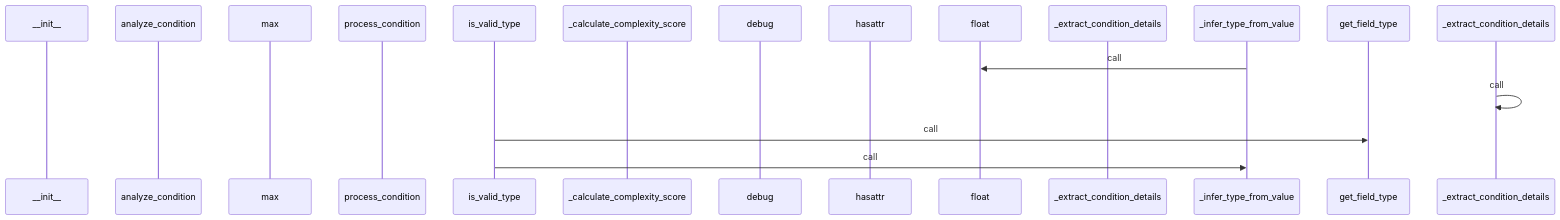
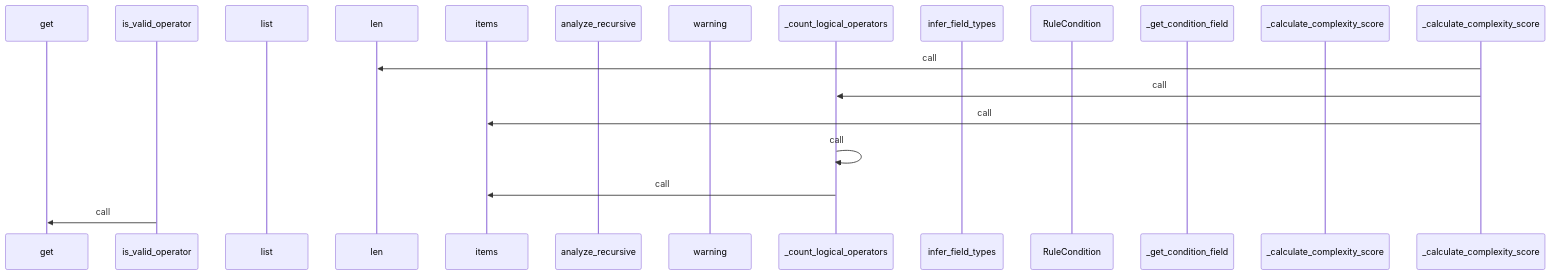
One commit to yeonjae-personal/codemuse-backend changed the third of 4 diagrams in generated_docs/rule_analyzer/analyzers/condition_analyzer.md. Above: the diagram before and after it, drawn with Mermaid. The commit also changed other lines of this file and 3991 other files, not shown here.

First line of the commit message:
feat: 워크플로우 개선 및 핵심 문서 자동 생성 구현

````diff
--- a/generated_docs/rule_analyzer/analyzers/condition_analyzer.md
+++ b/generated_docs/rule_analyzer/analyzers/condition_analyzer.md
@@ -337,19 +337,21 @@
 ```mermaid
 sequenceDiagram
-  participant __init__ as __init__
-  participant analyze_condition as analyze_condition
-  participant max as max
-  participant process_condition as process_condition
-  participant is_valid_type as is_valid_type
+  participant get as get
+  participant is_valid_operator as is_valid_operator
+  participant list as list
+  participant len as len
+  participant items as items
+  participant analyze_recursive as analyze_recursive
+  participant warning as warning
+  participant _count_logical_operators as _count_logical_operators
+  participant infer_field_types as infer_field_types
+  participant RuleCondition as RuleCondition
+  participant _get_condition_field as _get_condition_field
   participant _calculate_complexity_sc as _calculate_complexity_score
-  participant debug as debug
-  participant hasattr as hasattr
-  participant float as float
-  participant _extract_condition_detai as _extract_condition_details
-  participant _infer_type_from_value as _infer_type_from_value
-  participant get_field_type as get_field_type
-  _infer_type_from_value->>float: call
-  _extract_condition_details->>_extract_condition_details: call
-  is_valid_type->>get_field_type: call
-  is_valid_type->>_infer_type_from_value: call
+  _calculate_complexity_score->>len: call
+  _calculate_complexity_score->>_count_logical_operators: call
+  _calculate_complexity_score->>items: call
+  _count_logical_operators->>_count_logical_operators: call
+  _count_logical_operators->>items: call
+  is_valid_operator->>get: call
 ```
````
